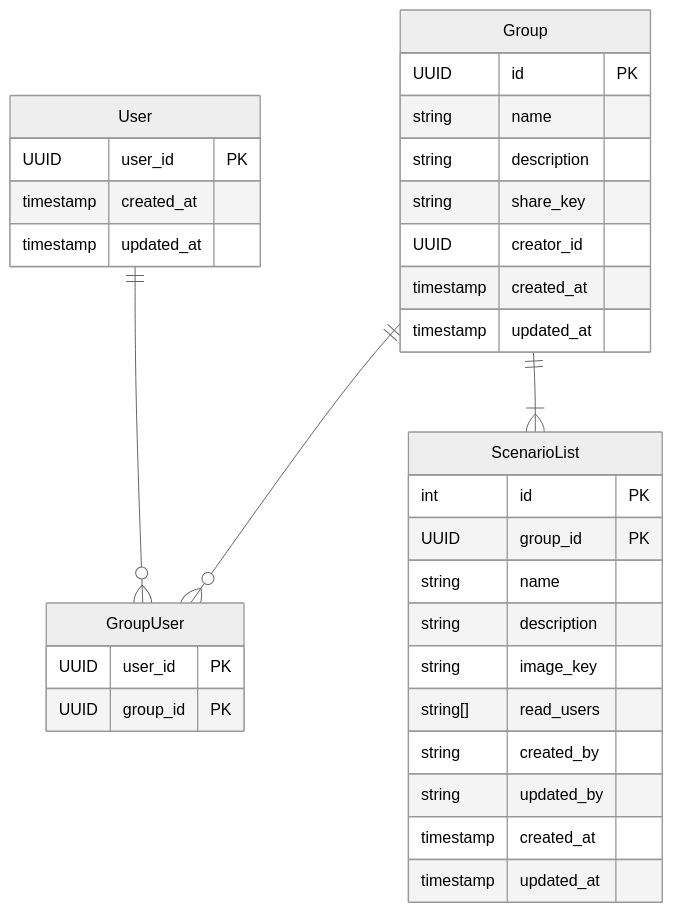
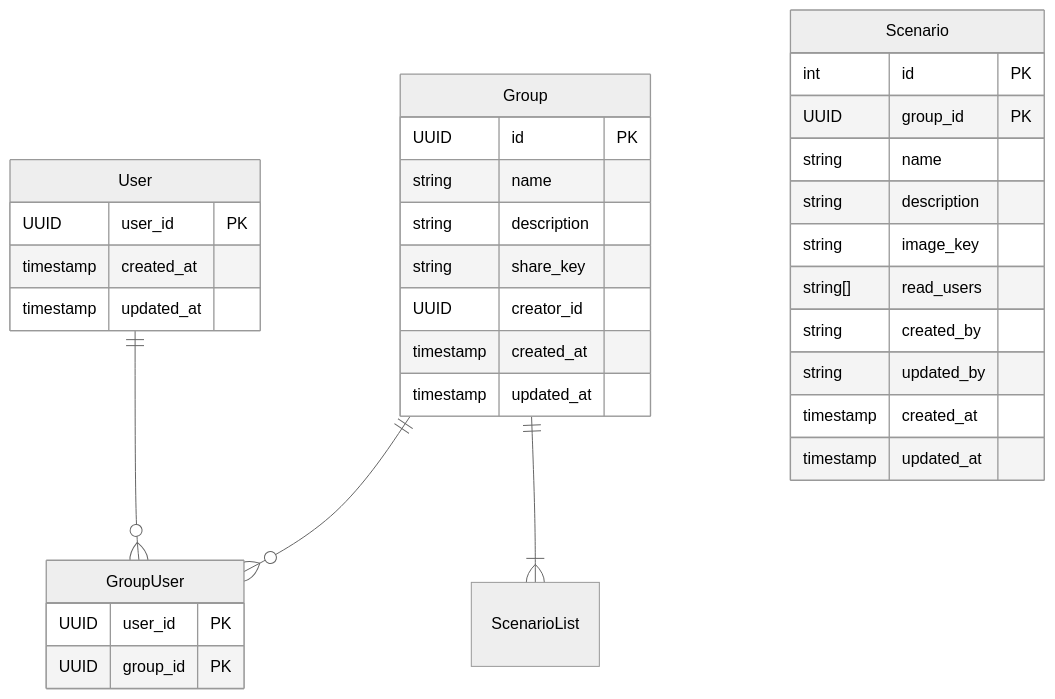
One commit to Keito654/trpg-manager changed the diagram in 仕様書/システム構造設計書.md. Above: the diagram before and after it, drawn with Mermaid (neutral theme).

````diff
--- a/仕様書/システム構造設計書.md
+++ b/仕様書/システム構造設計書.md
@@ -19,36 +19,36 @@
 ```mermaid
 erDiagram
     User ||--o{ GroupUser : ""
     Group ||--o{ GroupUser : ""
     Group ||--|{ ScenarioList : ""
     User {
       UUID user_id PK
       timestamp created_at
       timestamp updated_at
     }
     Group {
       UUID id PK
       string name
       string description
       string share_key
       UUID creator_id
       timestamp created_at
       timestamp updated_at
     }
     GroupUser {
       UUID user_id PK
       UUID group_id PK
     }
-    ScenarioList {
+    Scenario {
       int id PK
       UUID group_id PK
       string name
       string description
       string image_key
       string[] read_users
       string created_by
       string updated_by
       timestamp created_at
       timestamp updated_at
     }
 ```
````
